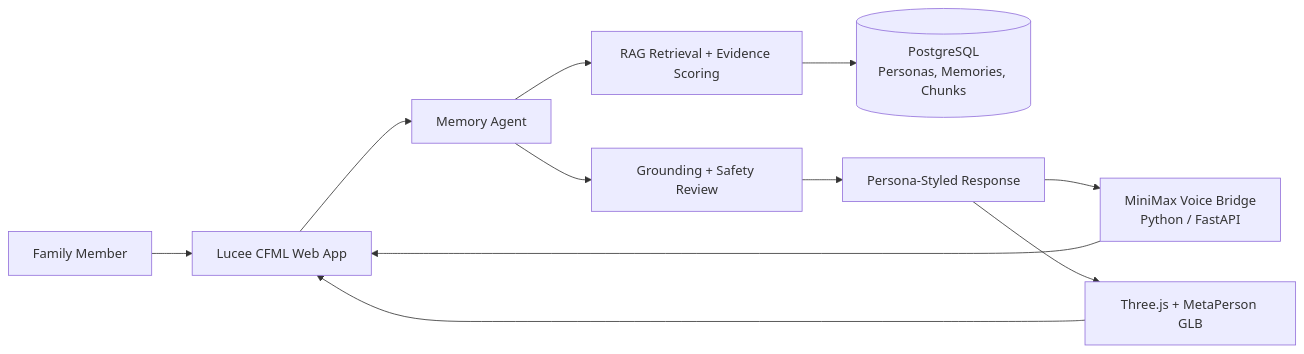
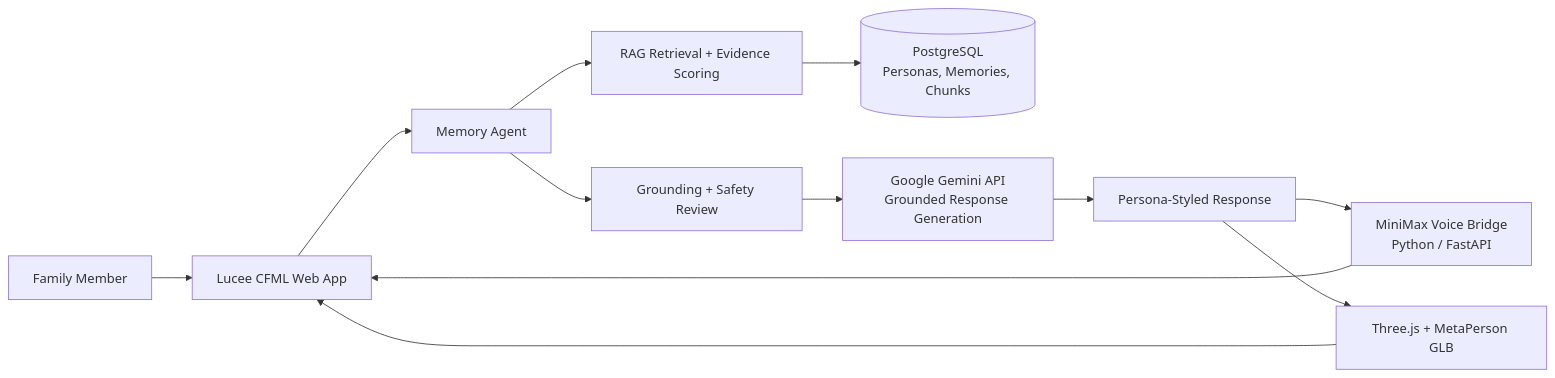
One commit to wayne-lou/FDE changed the diagram in Demo_HM/README.md. Above: the diagram before and after it, drawn with Mermaid. The commit also changed other lines of this file and 8 other files, not shown here.

Commit message:
Integrate Gemini grounded response generation

````diff
--- a/Demo_HM/README.md
+++ b/Demo_HM/README.md
@@ -43,13 +44,14 @@
 ```mermaid
 flowchart LR
     U["Family Member"] --> UI["Lucee CFML Web App"]
     UI --> AG["Memory Agent"]
     AG --> RAG["RAG Retrieval + Evidence Scoring"]
     RAG --> DB[("PostgreSQL<br/>Personas, Memories, Chunks")]
     AG --> SAFE["Grounding + Safety Review"]
-    SAFE --> RESP["Persona-Styled Response"]
+    SAFE --> GEMINI["Google Gemini API<br/>Grounded Response Generation"]
+    GEMINI --> RESP["Persona-Styled Response"]
     RESP --> VOICE["MiniMax Voice Bridge<br/>Python / FastAPI"]
     RESP --> AVATAR["Three.js + MetaPerson GLB"]
     VOICE --> UI
     AVATAR --> UI
 ```
````
